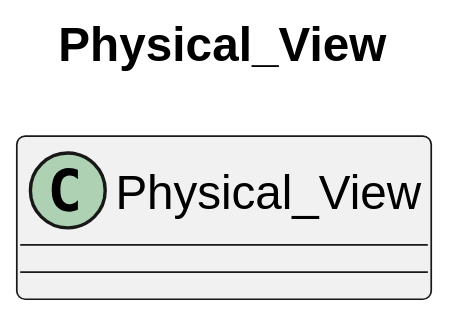
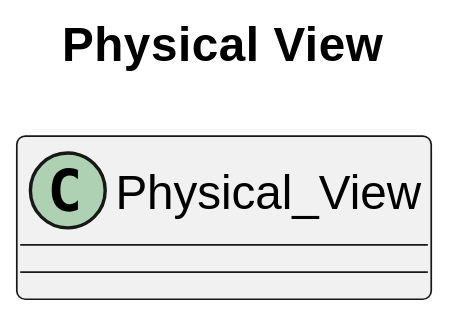
The diagram in design-analysis/Physical_View.plantuml (austin-s970/OOP-Connect4), drawn with PlantUML before and after one commit. The commit also changed 3 other files, not shown here.

```diff
--- a/design-analysis/Physical_View.plantuml
+++ b/design-analysis/Physical_View.plantuml
@@ -1,6 +1,6 @@
 @startuml
 scale 2
-title "Physical_View"
+title "Physical View"
 class Physical_View {
 }
 @enduml
```
